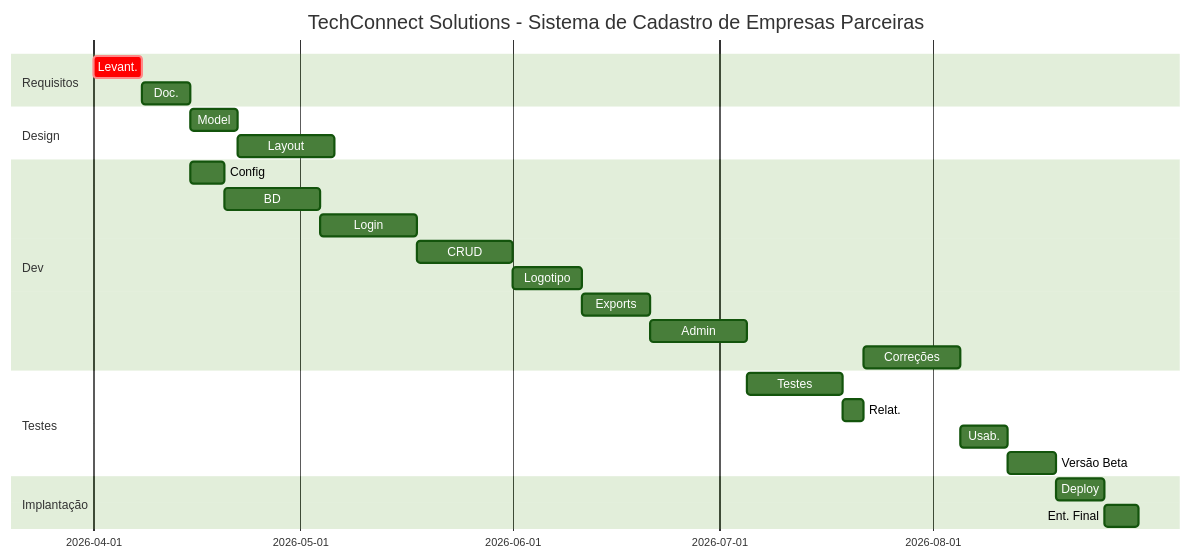
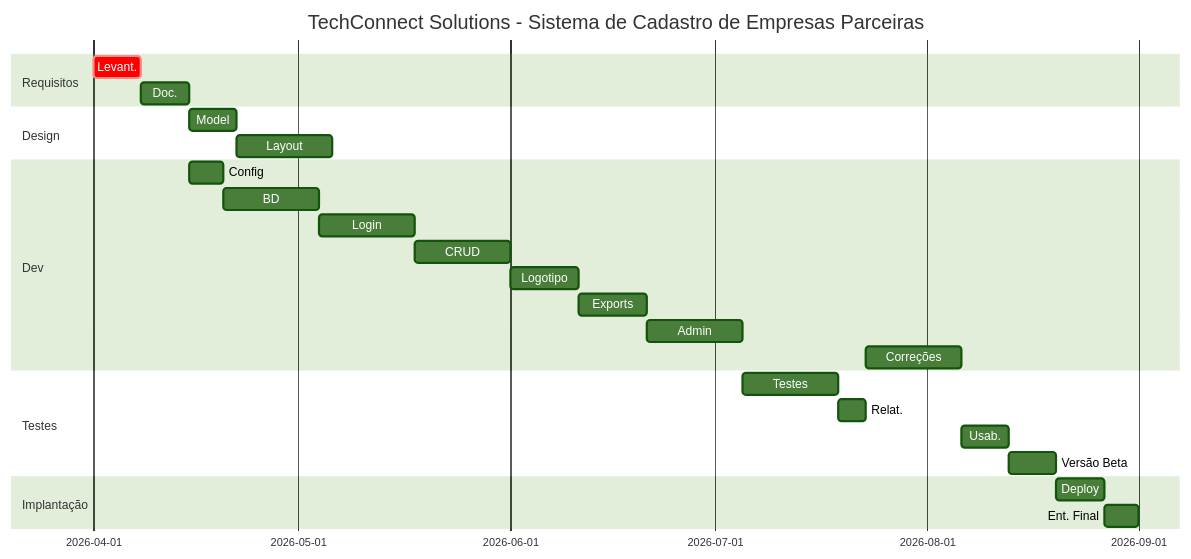
Before and after one commit to MaxPichy/teste_gannt3: the diagram in ATIVIDADE1.md, drawn with Mermaid (forest theme).

````diff
--- a/ATIVIDADE1.md
+++ b/ATIVIDADE1.md
@@ -1,33 +1,33 @@
 ```mermaid
 gantt
     title TechConnect Solutions - Sistema de Cadastro de Empresas Parceiras
     dateFormat YYYY-MM-DD
     
     section Requisitos
     Levant.                    :crit, req, 2026-04-01, 7d
     Doc.                       :doc, after req, 7d
     
     section Design
     Model                      :mod, after doc, 7d
     Layout                     :lay, after mod, 14d
     
     section Dev
     Config                     :cfg, after doc, 5d
     BD                         :bd, after cfg, 14d
     Login                      :lgn, after bd, 14d
     CRUD                       :crd, after lgn, 14d
     Logotipo                   :lgt, after crd, 10d
     Exports                    :exp, after lgt, 10d
     Admin                      :adm, after exp, 14d
     Correções                  :cor, after rel, 14d
     
     section Testes
     Testes                      :tst, after adm, 14d
-    Relat.                      :rel, after tst, 3d
+    Relat.                      :rel, after tst, 4d
     Usab.                       :usb, after cor, 7d
     Versão Beta                 :beta, after usb, 7d
     
     section Implantação
     Deploy                      :deploy, after beta, 7d
     Ent. Final                  :entrega, after deploy, 5d
 ```
````
